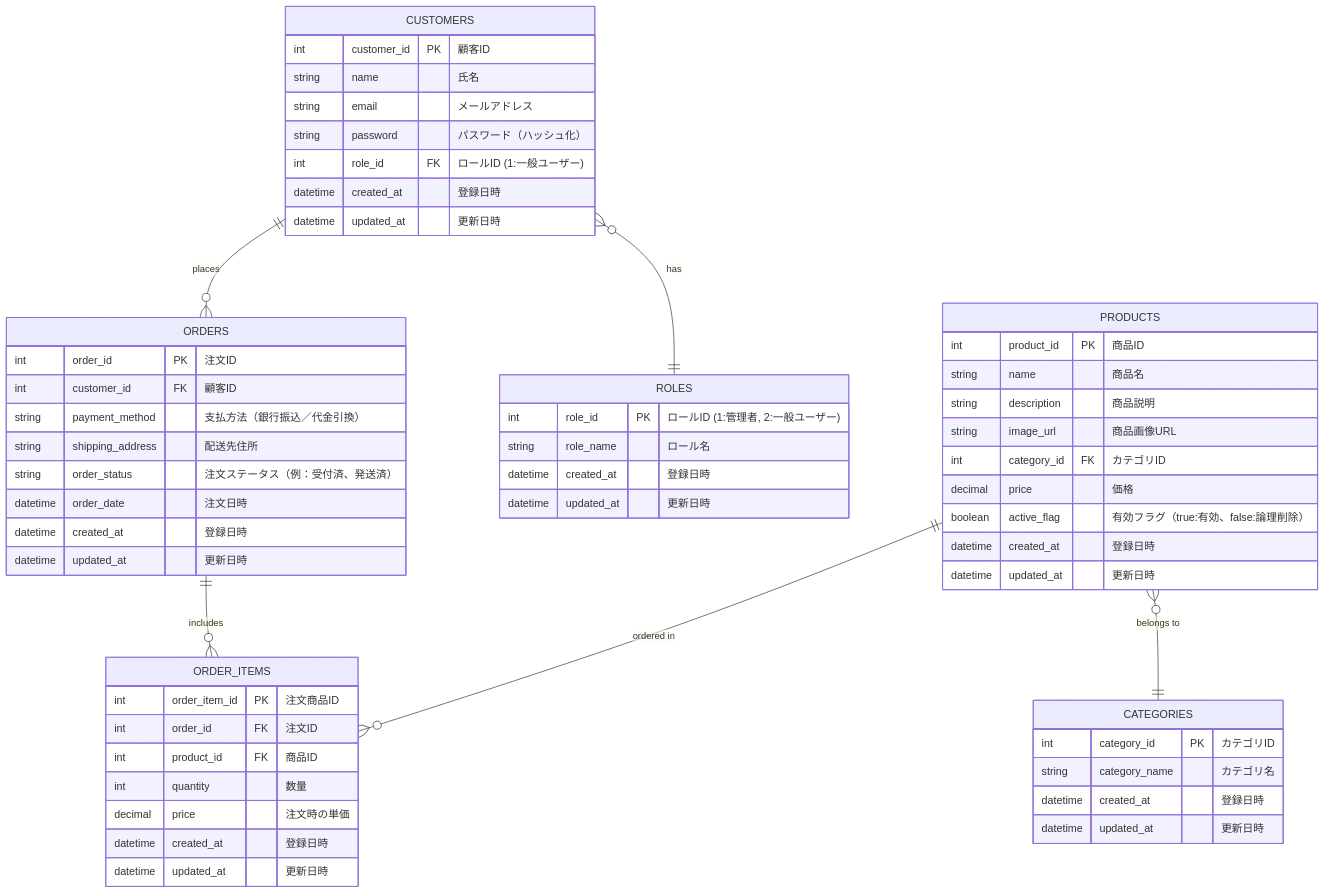
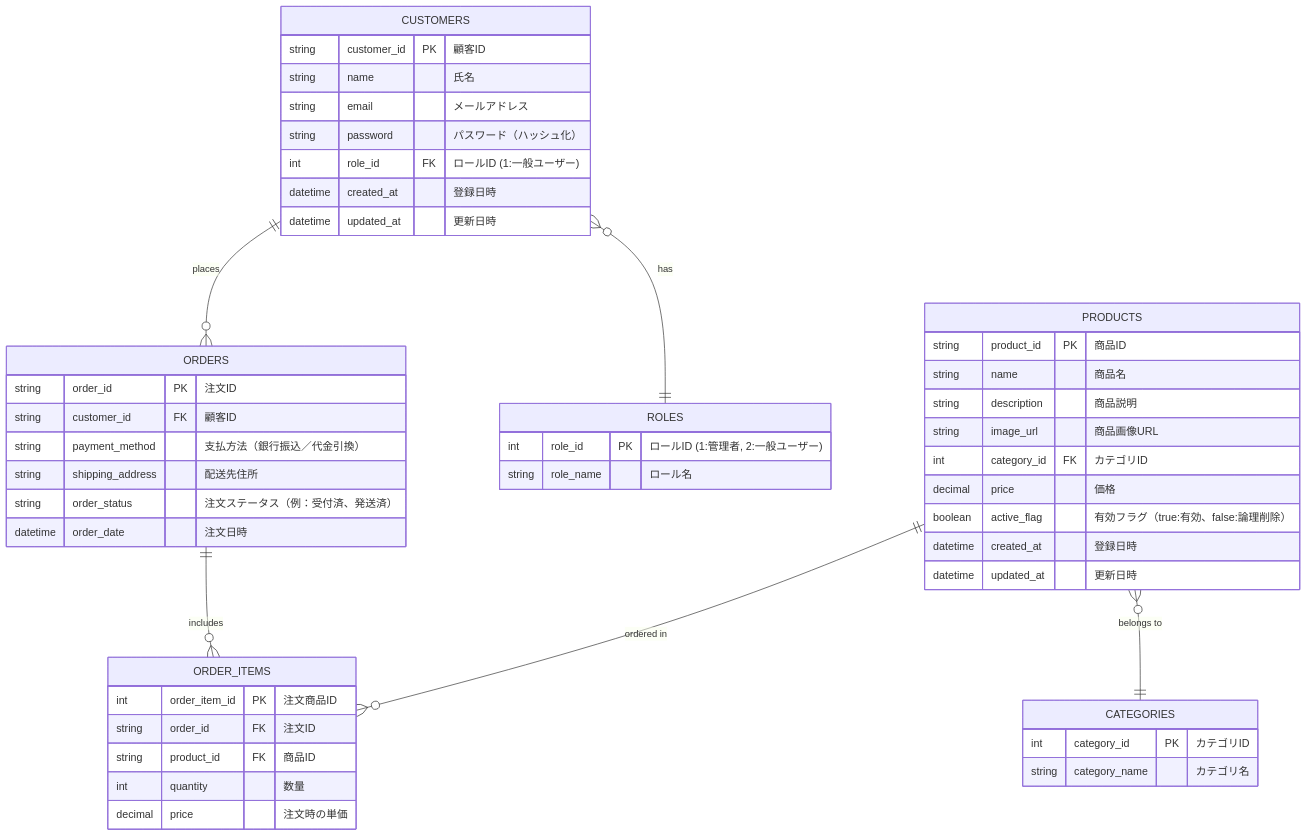
One commit to Rikumt12/Popcorn changed the fourth of 4 diagrams in 基本設計書/基本設計書.md. Above: the diagram before and after it, drawn with Mermaid. The commit also changed other lines of this file, not shown here.

````diff
--- a/基本設計書/基本設計書.md
+++ b/基本設計書/基本設計書.md
@@ -370,61 +210,53 @@
 ```mermaid
 
 erDiagram
     CUSTOMERS ||--o{ ORDERS : "places"
     CUSTOMERS }o--|| ROLES : "has"
     PRODUCTS }o--|| CATEGORIES : "belongs to"
     ORDERS ||--o{ ORDER_ITEMS : "includes"
     PRODUCTS ||--o{ ORDER_ITEMS : "ordered in"
 
     CUSTOMERS {
-        int customer_id PK "顧客ID"
+        string customer_id PK "顧客ID"
         string name "氏名"
         string email "メールアドレス"
         string password "パスワード（ハッシュ化）"
         int role_id FK "ロールID (1:一般ユーザー)"
         datetime created_at "登録日時"
         datetime updated_at "更新日時"
     }
     ROLES {
         int role_id PK "ロールID (1:管理者, 2:一般ユーザー)"
         string role_name "ロール名"
-        datetime created_at "登録日時"
-        datetime updated_at "更新日時"
     }
     PRODUCTS {
-        int product_id PK "商品ID"
+        string product_id PK "商品ID"
         string name "商品名"
         string description "商品説明"
         string image_url "商品画像URL"
         int category_id FK "カテゴリID"
         decimal price "価格"
         boolean active_flag "有効フラグ（true:有効、false:論理削除）"
         datetime created_at "登録日時"
         datetime updated_at "更新日時"
     }
     CATEGORIES {
         int category_id PK "カテゴリID"
         string category_name "カテゴリ名"
-        datetime created_at "登録日時"
-        datetime updated_at "更新日時"
     }
     ORDERS {
-        int order_id PK "注文ID"
-        int customer_id FK "顧客ID"
+        string order_id PK "注文ID"
+        string customer_id FK "顧客ID"
         string payment_method "支払方法（銀行振込／代金引換）"
         string shipping_address "配送先住所"
         string order_status "注文ステータス（例：受付済、発送済）"
         datetime order_date "注文日時"
-        datetime created_at "登録日時"
-        datetime updated_at "更新日時"
     }
     ORDER_ITEMS {
         int order_item_id PK "注文商品ID"
-        int order_id FK "注文ID"
-        int product_id FK "商品ID"
+        string order_id FK "注文ID"
+        string product_id FK "商品ID"
         int quantity "数量"
         decimal price "注文時の単価"
-        datetime created_at "登録日時"
-        datetime updated_at "更新日時"
     }
 ```
````
